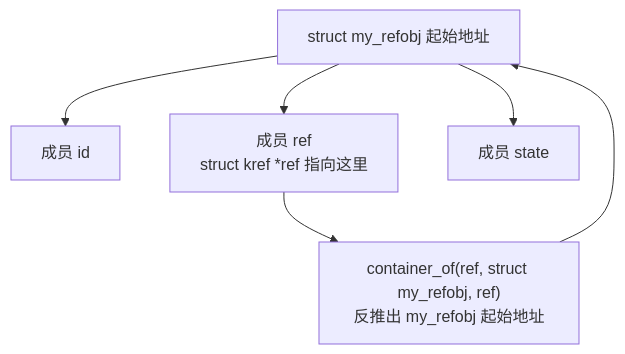
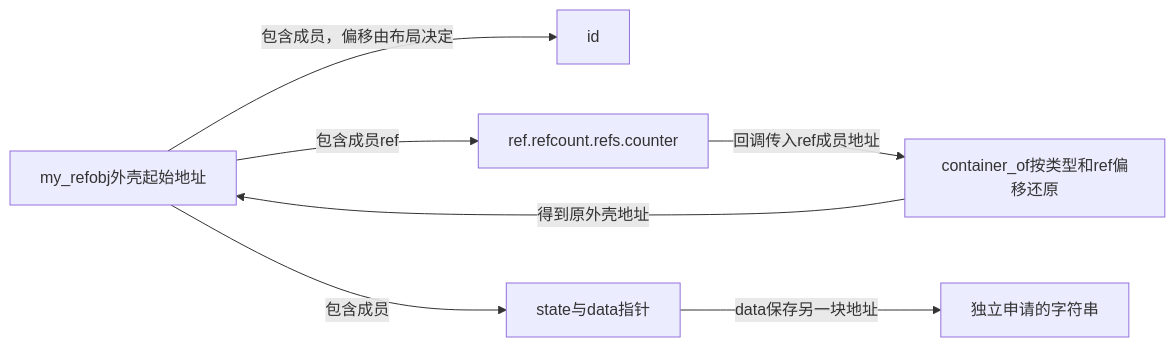
Before and after one commit to FormingSystem/linux_note: the sixth of 7 diagrams in knowledge/linux/object_lifetime/kref/P02_源码入口与结构定义.md, drawn with Mermaid. The commit also changed other lines of this file and 15 other files, not shown here.

````diff
--- a/knowledge/linux/object_lifetime/kref/P02_源码入口与结构定义.md
+++ b/knowledge/linux/object_lifetime/kref/P02_源码入口与结构定义.md
@@ -882,14 +820,9 @@
 ```mermaid
-graph TD
-	A["struct my_refobj 起始地址"]
-	B["成员 id"]
-	C["成员 ref<br/>struct kref *ref 指向这里"]
-	D["成员 state"]
-	E["container_of(ref, struct my_refobj, ref)<br/>反推出 my_refobj 起始地址"]
-
-	A --> B
-	A --> C
-	A --> D
-	C --> E
-	E --> A
+flowchart LR
+    A["my_refobj外壳起始地址"] -->|"包含成员，偏移由布局决定"| I["id"]
+    A -->|"包含成员ref"| R["ref.refcount.refs.counter"]
+    A -->|"包含成员"| S["state与data指针"]
+    S -->|"data保存另一块地址"| D["独立申请的字符串"]
+    R -->|"回调传入ref成员地址"| C["container_of按类型和ref偏移还原"]
+    C -->|"得到原外壳地址"| A
 ```
````
